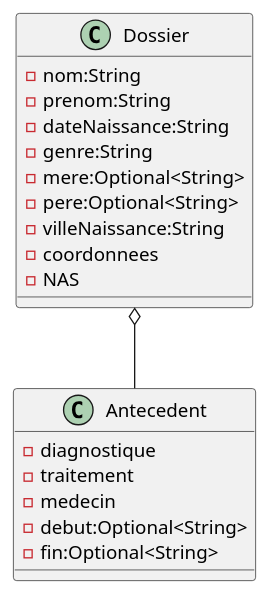
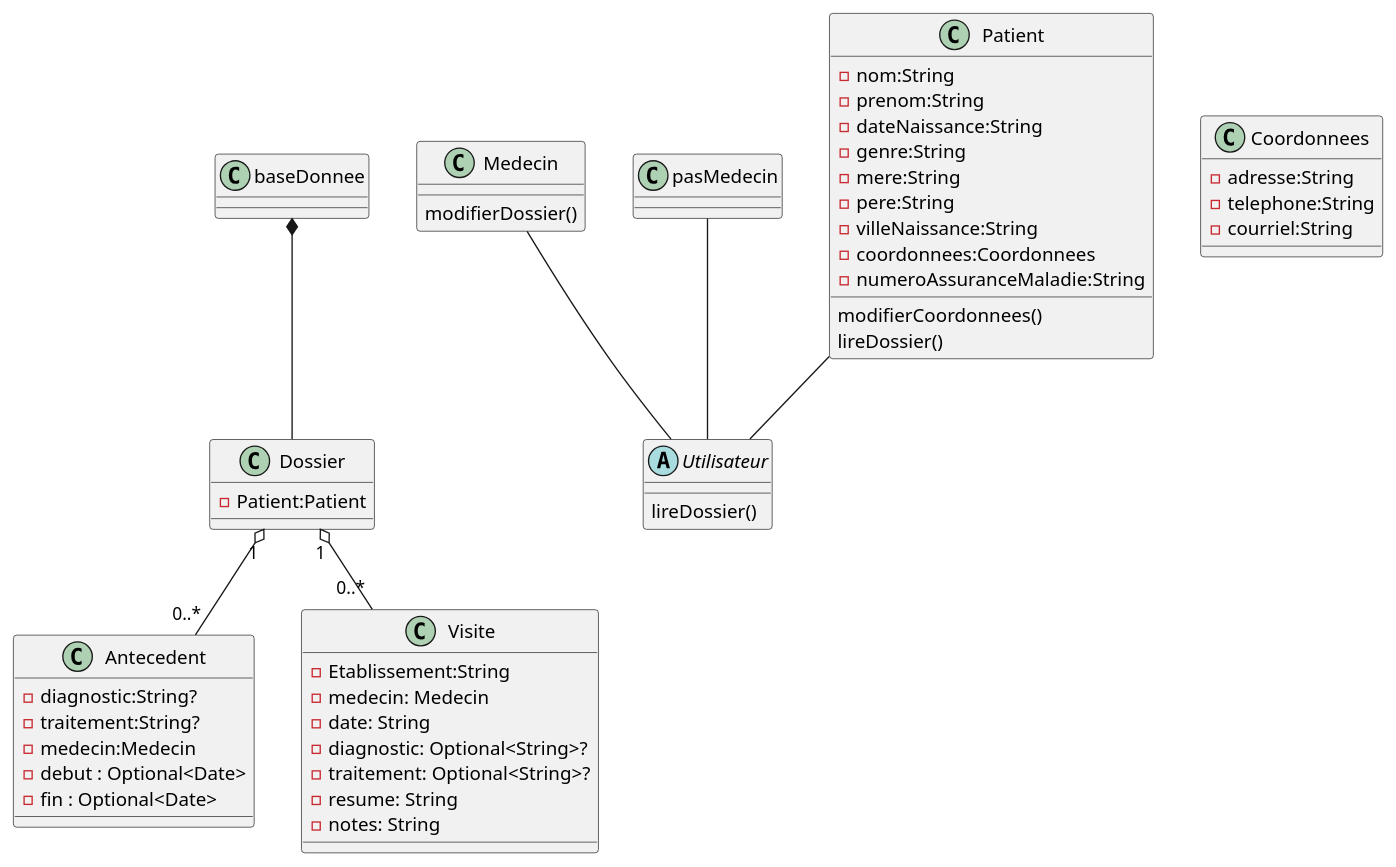
Before and after one commit to vbrayuqam/projet-genielog: the diagram in classes.puml, drawn with PlantUML. The commit also changed 2 other files, not shown here.

```diff
--- a/classes.puml
+++ b/classes.puml
@@ -1,25 +1,110 @@
 @startuml Classes
 
 class Dossier{
+    - Patient:Patient
+
+
+
+
+}
+
+class Antecedent{
+    - diagnostic:String?
+    - traitement:String?
+    - medecin:Medecin
+    - debut : Optional<Date>
+    - fin : Optional<Date>
+}
+
+class Visite{
+    -Etablissement:String
+    - medecin: Medecin
+    - date: String
+    - diagnostic: Optional<String>?
+    - traitement: Optional<String>?
+    - resume: String
+    - notes: String
+}
+
+' class Etablissement{
+    '     -nom:String
+    '
+'}
+
+
+' class Carte{
+    '     -numeroDossier
+    '
+'}
+
+class Medecin{
+    modifierDossier()
+
+
+}
+
+class Coordonnees{
+    -adresse:String
+    -telephone:String
+    -courriel:String
+}
+
+class pasMedecin{}
+
+class Patient{
     -nom:String
     -prenom:String
     -dateNaissance:String
     -genre:String
-    -mere:Optional<String>
-    -pere:Optional<String>
+    -mere:String
+    -pere:String
     -villeNaissance:String
-    -coordonnees
-    -NAS
+    -coordonnees:Coordonnees
+    -numeroAssuranceMaladie:String
+    modifierCoordonnees()
+    lireDossier()
 }
 
-class Antecedent{
-    -diagnostique
-    -traitement
-    -medecin
-    -debut:Optional<String>
-    -fin:Optional<String>
+abstract Utilisateur{
+    lireDossier()
 }
 
-Dossier o-- Antecedent
+' class Diagnostic{
+    ' -Medicament:String
+
+    '
+'}
+' class Traitement{}
+
+
+
+' Interface Consultable{
+
+
+    '
+'}
+
+' Interface Modifiable{
+
+
+    '
+'}
+
+baseDonnee *-- Dossier
+
+Patient -- Utilisateur
+Medecin -- Utilisateur
+pasMedecin -- Utilisateur
+
+' Visite -- Etablissement
+
+' Dossier -- Consultable
+' Dossier -- Modifiable
+
+Dossier "1" o-- "0..*" Antecedent
+
+Dossier "1" o-- "0..*" Visite
+' Antecedent .. Medecin
+' Visite .. Medecin
 
 @enduml
```
